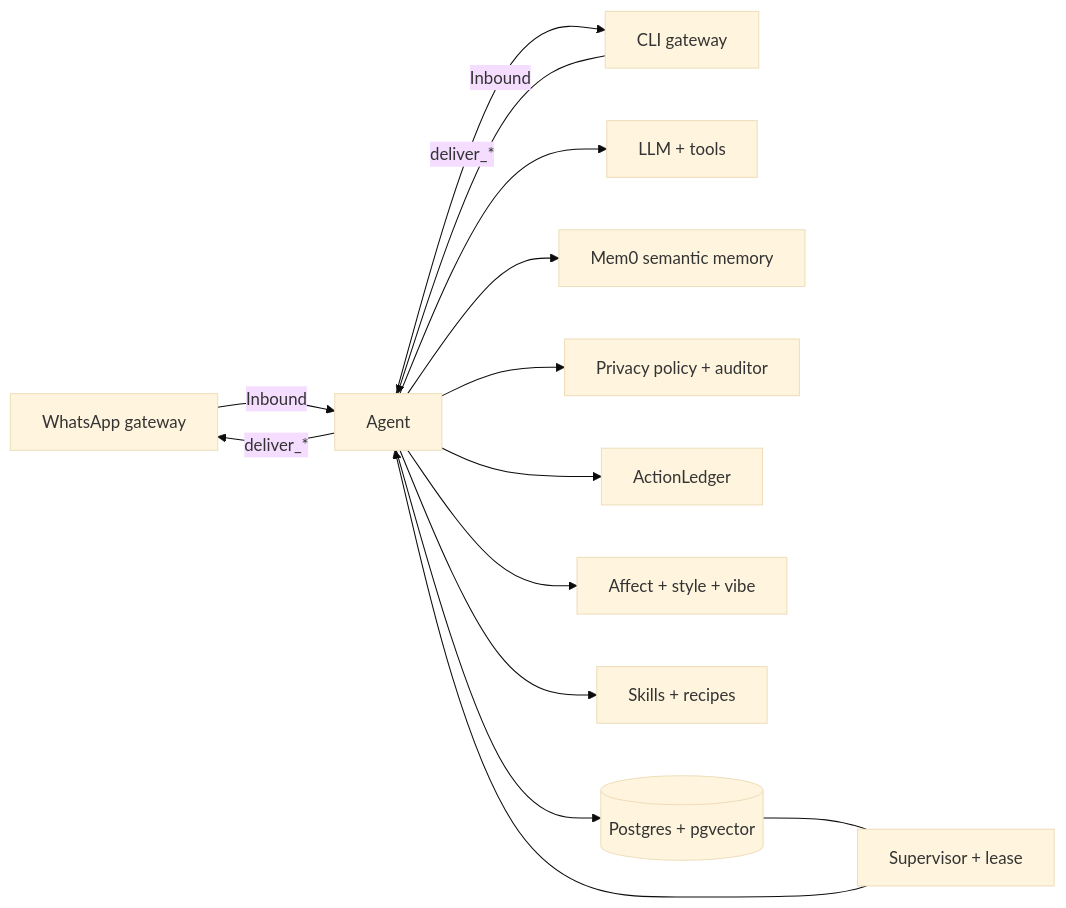
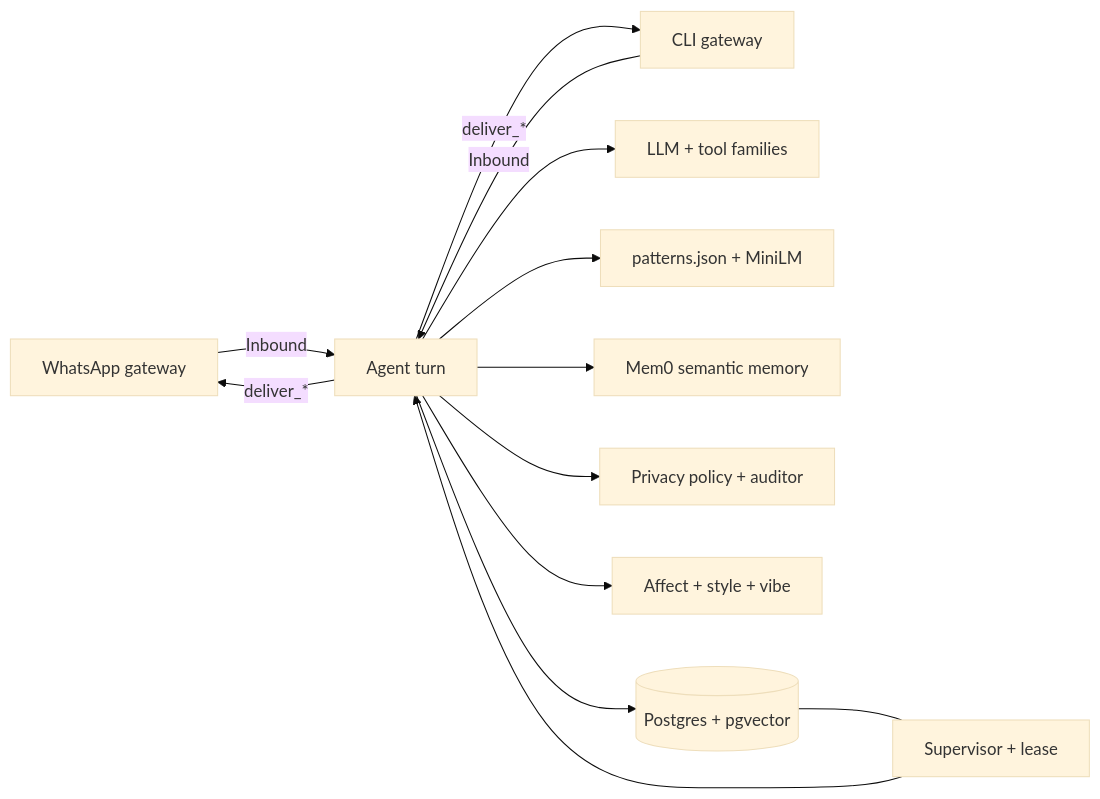
One commit to inimuqsith/SankaAgent changed the first of 2 diagrams in README.md. Above: the diagram before and after it, drawn with Mermaid (base theme). The commit also changed other lines of this file and 53 other files, not shown here.

````diff
--- a/README.md
+++ b/README.md
@@ -24,16 +21,15 @@
 ```mermaid
 flowchart LR
-  WA[WhatsApp gateway] -->|Inbound| AG[Agent]
+  WA[WhatsApp gateway] -->|Inbound| AG[Agent turn]
   CLI[CLI gateway] -->|Inbound| AG
-  AG --> LLM[LLM + tools]
+  AG --> LLM[LLM + tool families]
+  AG --> PAT[patterns.json + MiniLM]
   AG --> MEM[Mem0 semantic memory]
   AG --> PRIV[Privacy policy + auditor]
-  AG --> ACT[ActionLedger]
   AG --> AFF[Affect + style + vibe]
-  AG --> SK[Skills + recipes]
   AG --> DB[(Postgres + pgvector)]
   AG -->|deliver_*| WA
   AG -->|deliver_*| CLI
   SUP[Supervisor + lease] --> AG
   DB --- SUP
 ```
````
